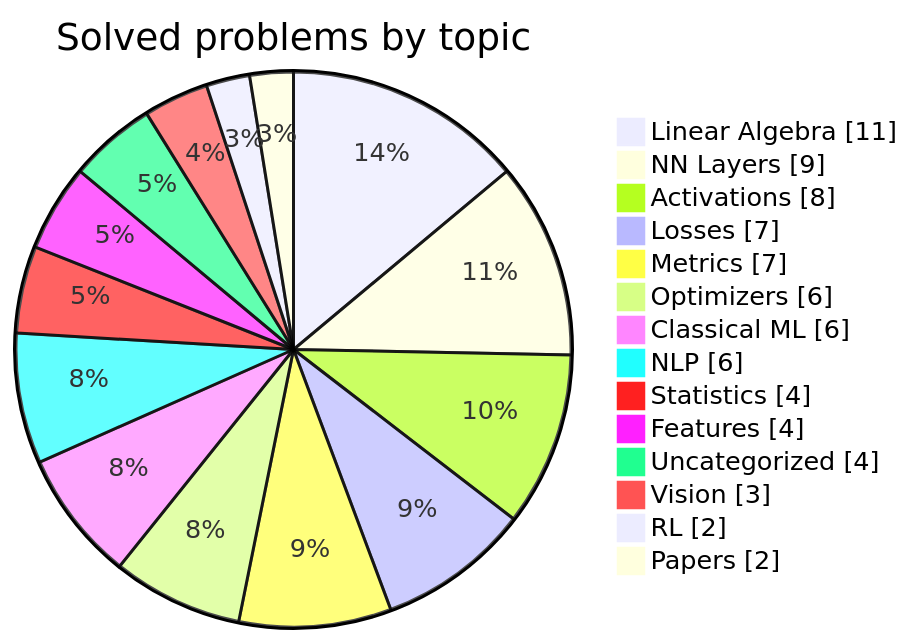
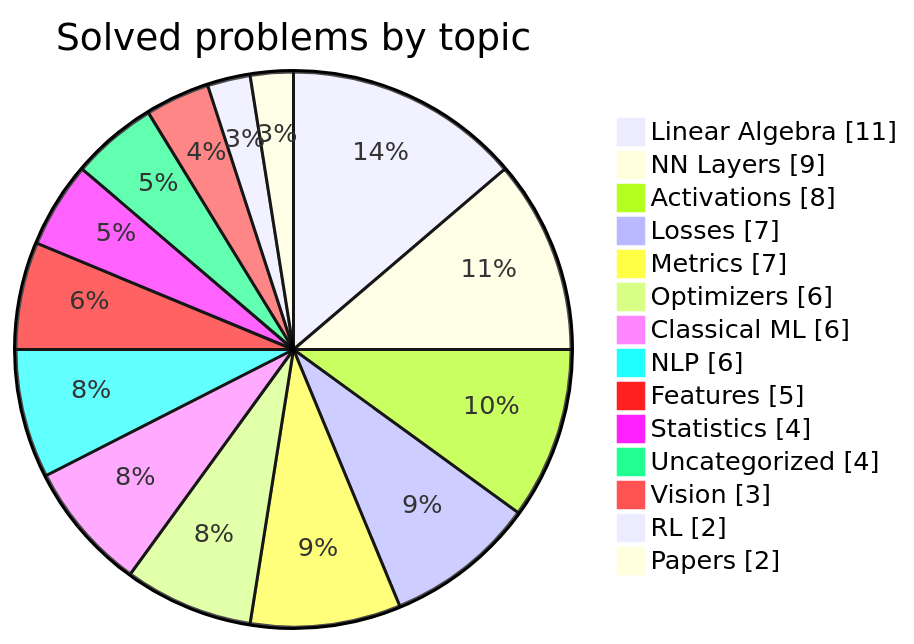
One commit to HarryTrn/TensorTonic-Solutions changed the second of 2 diagrams in README.md. Above: the diagram before and after it, drawn with Mermaid. The commit also changed other lines of this file, not shown here.

````diff
--- a/README.md
+++ b/README.md
@@ -74,18 +74,18 @@
 ```mermaid
 pie showData
     title Solved problems by topic
     "Linear Algebra" : 11
     "NN Layers" : 9
     "Activations" : 8
     "Losses" : 7
     "Metrics" : 7
     "Optimizers" : 6
     "Classical ML" : 6
     "NLP" : 6
+    "Features" : 5
     "Statistics" : 4
-    "Features" : 4
     "Uncategorized" : 4
     "Vision" : 3
     "RL" : 2
     "Papers" : 2
 ```
````
